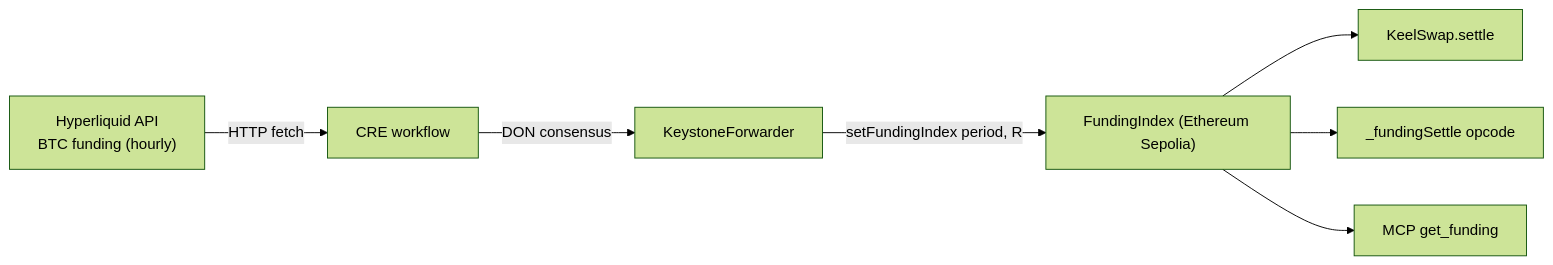
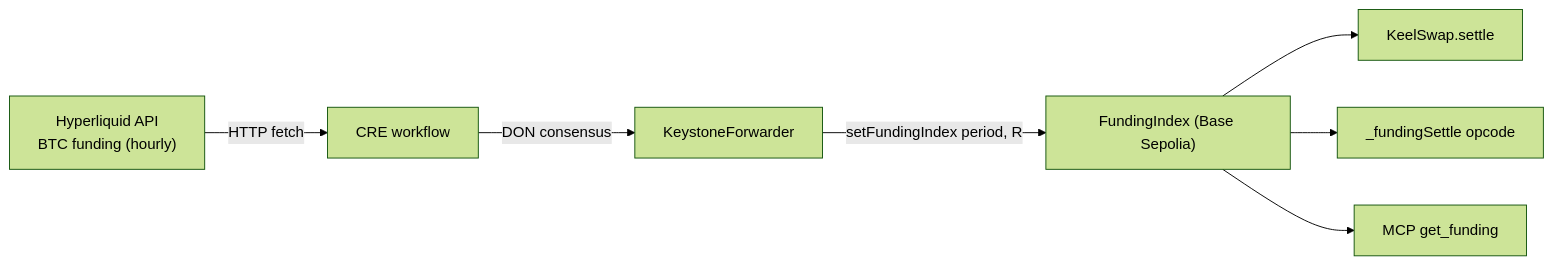
One commit to 0xYudhishthra/TenorFi changed the third of 4 diagrams in docs/bounty-integrations.md. Above: the diagram before and after it, drawn with Mermaid (forest theme). The commit also changed other lines of this file and 6 other files, not shown here.

First line of the commit message:
chore: switch deploy target to Base Sepolia (LI.FI Composer is on Base Sepolia)

````diff
--- a/docs/bounty-integrations.md
+++ b/docs/bounty-integrations.md
@@ -93,9 +93,9 @@
 ```mermaid
 flowchart LR
     HL["Hyperliquid API<br/>BTC funding (hourly)"] -->|HTTP fetch| CRE["CRE workflow"]
     CRE -->|DON consensus| FWD["KeystoneForwarder"]
-    FWD -->|setFundingIndex period, R| IDX["FundingIndex (Ethereum Sepolia)"]
+    FWD -->|setFundingIndex period, R| IDX["FundingIndex (Base Sepolia)"]
     IDX --> K["KeelSwap.settle"]
     IDX --> O["_fundingSettle opcode"]
     IDX --> M["MCP get_funding"]
 ```
````
